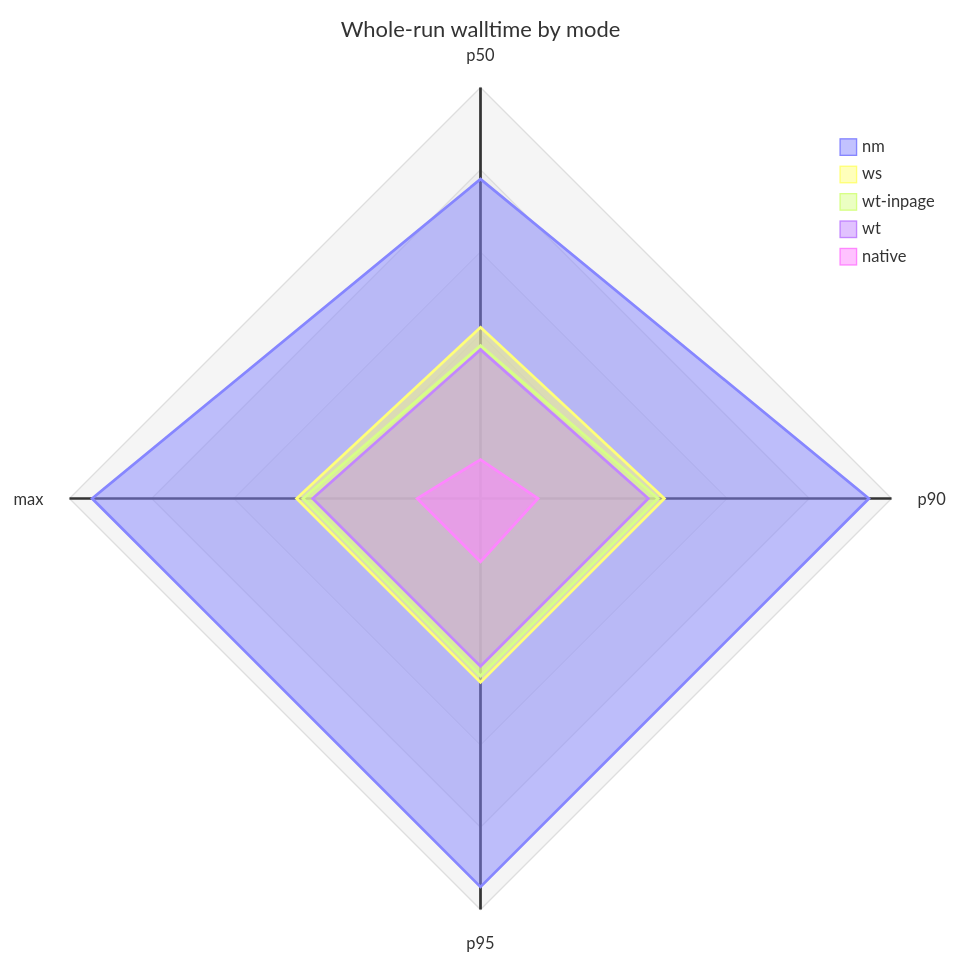
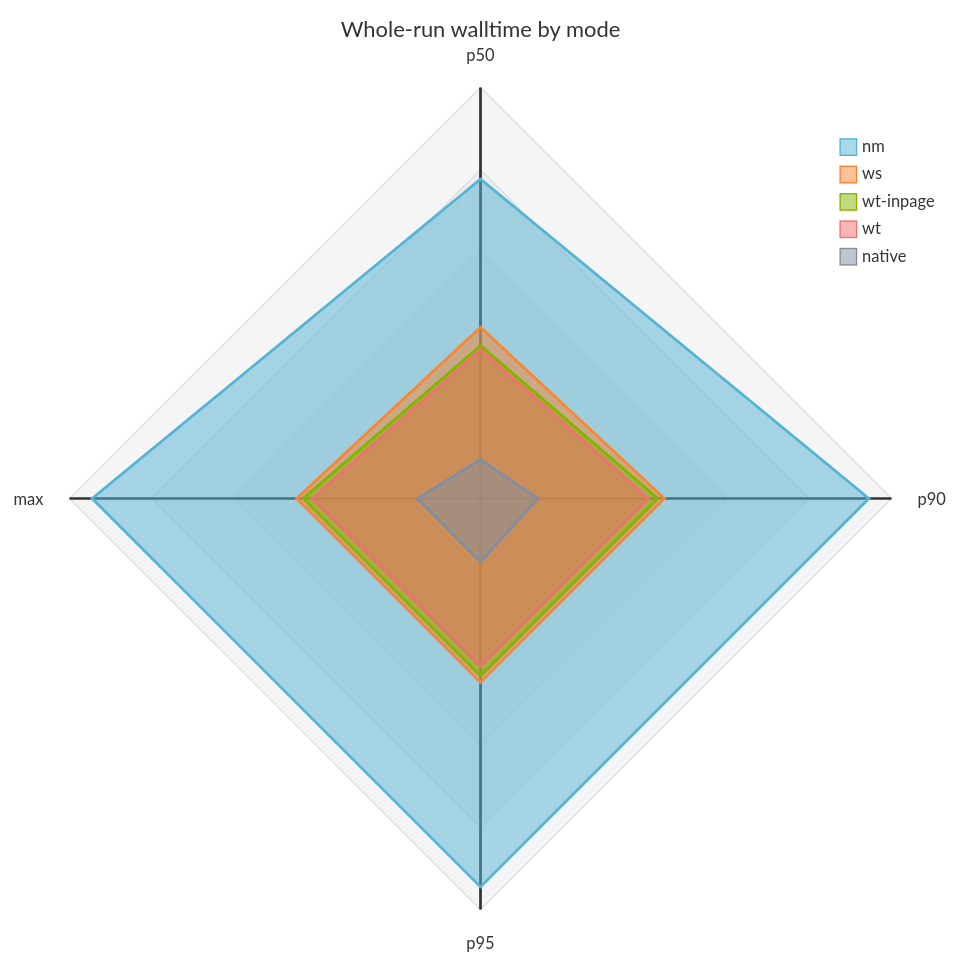
Before and after one commit to K4zoku/FF-WebHID: the sixth of 6 diagrams in docs/BENCHMARK.md, drawn with Mermaid. The commit also changed other lines of this file, not shown here.

````diff
--- a/docs/BENCHMARK.md
+++ b/docs/BENCHMARK.md
@@ -208,13 +223,22 @@
 ```mermaid
+---
+config:
+  themeVariables:
+    cScale0: '#55b4d4'
+    cScale1: '#fa8532'
+    cScale2: '#86b300'
+    cScale3: '#f07171'
+    cScale4: '#828e9f'
+---
 radar-beta
   title Whole-run walltime by mode
   axis p50["p50"], p90["p90"], p95["p95"], mx["max"]
   curve nm["nm"]{932.5, 1134.0, 1134.0, 1134.0}
   curve ws["ws"]{499.8, 536.9, 536.9, 536.9}
   curve wtip["wt-inpage"]{446.3, 518.3, 518.3, 518.3}
   curve wt["wt"]{434.7, 490.0, 490.0, 490.0}
   curve nat["native"]{113.8, 167.9, 184.8, 184.8}
   graticule polygon
   max 1200
   min 0
 ```
````
